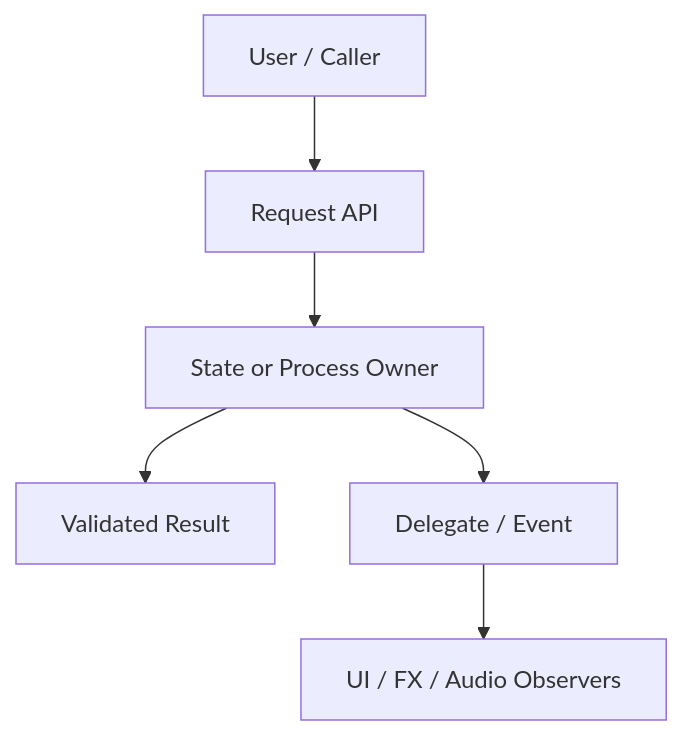
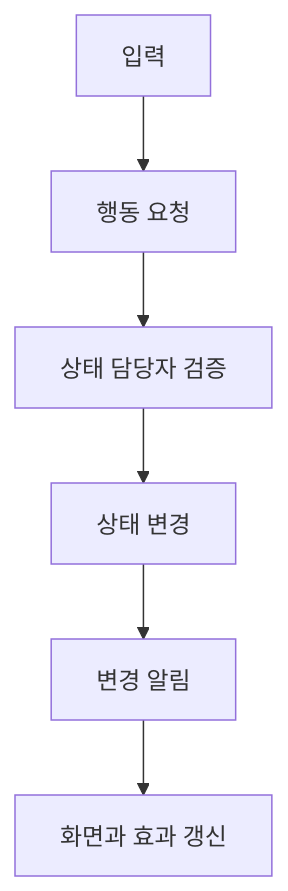
Before and after one commit to Parkyongseok1120/UE5_Local_LLM_MCP_lmstudio: the diagram in RAG_Project_Guidelines/Core_Architecture/06_Diagram_Response_Rules.md, drawn with Mermaid. The commit also changed other lines of this file and 223 other files, not shown here.

````diff
--- a/RAG_Project_Guidelines/Core_Architecture/06_Diagram_Response_Rules.md
+++ b/RAG_Project_Guidelines/Core_Architecture/06_Diagram_Response_Rules.md
@@ -57,8 +11,8 @@
 ```mermaid
 flowchart TD
-    User["User / Caller"] --> Request["Request API"]
-    Request --> Owner["State or Process Owner"]
-    Owner --> Result["Validated Result"]
-    Owner --> Event["Delegate / Event"]
-    Event --> Observers["UI / FX / Audio Observers"]
+    A["입력"] --> B["행동 요청"]
+    B --> C["상태 담당자 검증"]
+    C --> D["상태 변경"]
+    D --> E["변경 알림"]
+    E --> F["화면과 효과 갱신"]
 ```
````
